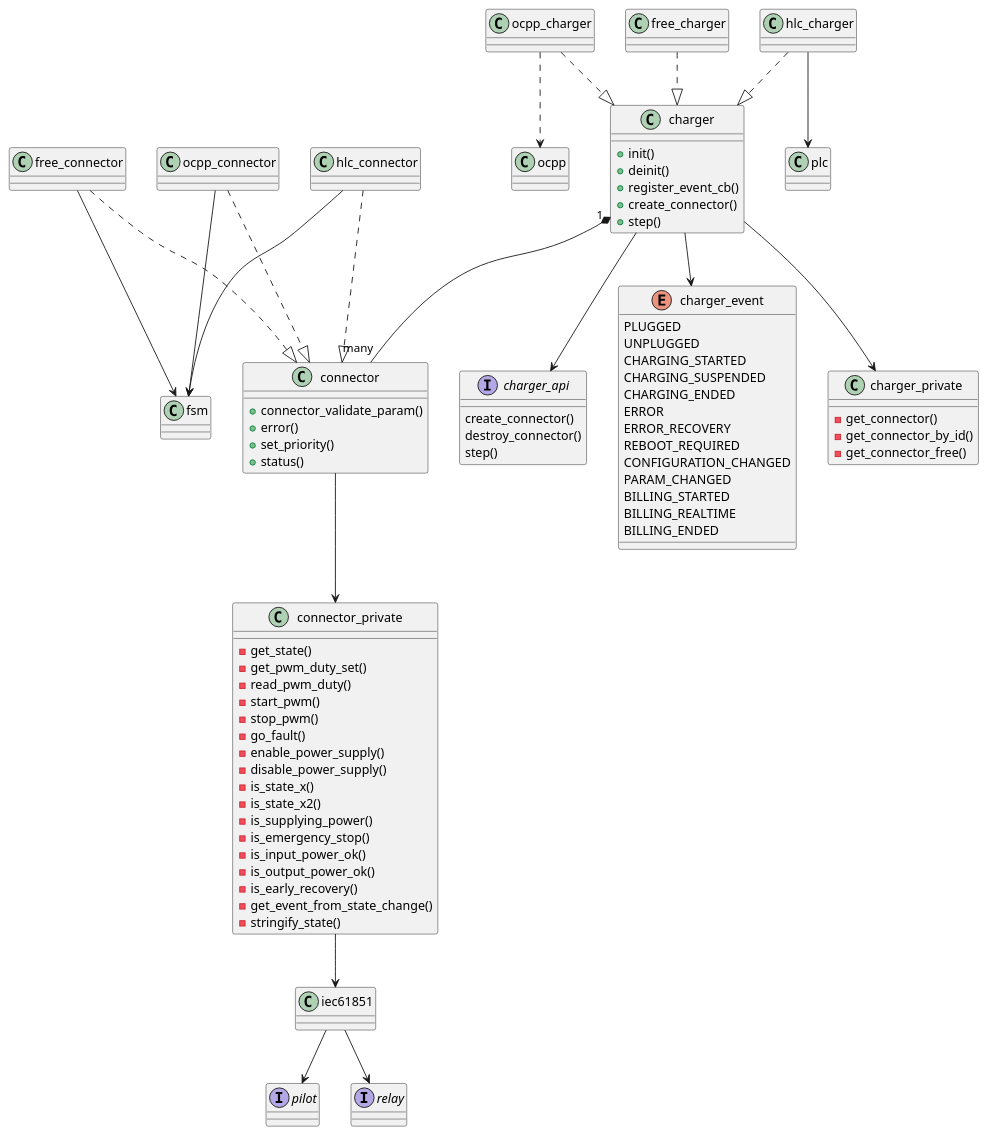
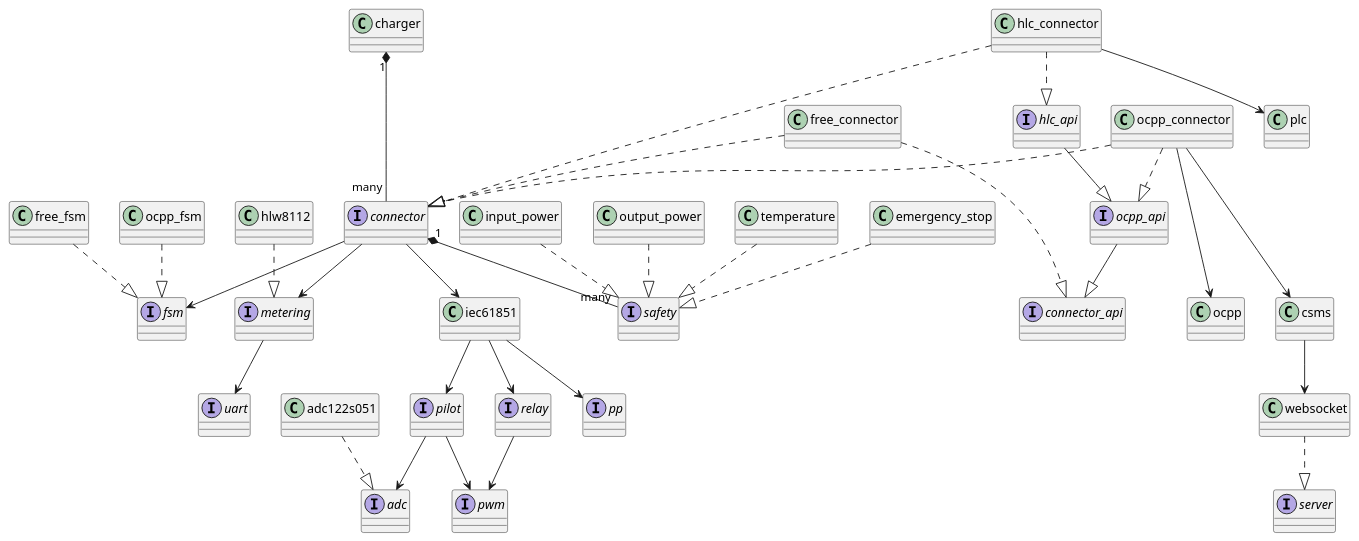
The diagram in docs/diagrams/charger.puml (pazzk-labs/evse), drawn with PlantUML before and after one commit. The commit also changed 2 other files, not shown here.

Commit message:
Update diagram

```diff
--- a/docs/diagrams/charger.puml
+++ b/docs/diagrams/charger.puml
@@ -1,92 +1,70 @@
 @startuml
-interface charger_api
+
+interface connector {
+}
+
+interface connector_api {
+}
+
+interface ocpp_api
+interface hlc_api
+
+interface fsm
+interface metering
+interface safety
 interface pilot
 interface relay
+interface pp
+interface server
+interface adc
+interface pwm
+interface uart
 
-enum charger_event {
-	PLUGGED
-	UNPLUGGED
-	CHARGING_STARTED
-	CHARGING_SUSPENDED
-	CHARGING_ENDED
-	ERROR
-	ERROR_RECOVERY
-	REBOOT_REQUIRED
-	CONFIGURATION_CHANGED
-	PARAM_CHANGED
-	BILLING_STARTED
-	BILLING_REALTIME
-	BILLING_ENDED
+class charger {
 }
 
-interface charger_api {
-	create_connector()
-	destroy_connector()
-	step()
-}
+pilot --> adc
+pilot --> pwm
+relay --> pwm
+metering --> uart
 
-class charger {
-	+init()
-	+deinit()
-	+register_event_cb()
-	+create_connector()
-	+step()
-}
+hlw8112 ..|> metering
 
-class charger_private {
-	-get_connector()
-	-get_connector_by_id()
-	-get_connector_free()
-}
+adc122s051 ..|> adc
 
-class connector {
-	+connector_validate_param()
-	+error()
-	+set_priority()
-	+status()
-}
-
-class connector_private {
-	-get_state()
-	-get_pwm_duty_set()
-	-read_pwm_duty()
-	-start_pwm()
-	-stop_pwm()
-	-go_fault()
-	-enable_power_supply()
-	-disable_power_supply()
-	-is_state_x()
-	-is_state_x2()
-	-is_supplying_power()
-	-is_emergency_stop()
-	-is_input_power_ok()
-	-is_output_power_ok()
-	-is_early_recovery()
-	-get_event_from_state_change()
-	-stringify_state()
-}
-
-charger "1" *-- "many" connector
-charger --> charger_private
-charger --> charger_event
-charger --> charger_api
-free_connector ..|> connector
-ocpp_connector ..|> connector
-hlc_connector ..|> connector
-free_charger ..|> charger
-ocpp_charger ..|> charger
-hlc_charger ..|> charger
-
-connector --> connector_private
-connector_private --> iec61851
 iec61851 --> pilot
 iec61851 --> relay
+iec61851 --> pp
 
-free_connector --> fsm
-ocpp_connector --> fsm
-hlc_connector --> fsm
+connector --> fsm
+connector --> iec61851
+connector "1" *-- "many" safety
+connector --> metering
+free_connector ..|> connector
+free_connector ..|> connector_api
+ocpp_connector ..|> connector
+ocpp_connector ..|> ocpp_api
+hlc_connector ..|> connector
+hlc_connector ..|> hlc_api
 
-ocpp_charger ..> ocpp
+ocpp_api --|> connector_api
+hlc_api --|> ocpp_api
 
-hlc_charger --> plc
+free_fsm ..|> fsm
+ocpp_fsm ..|> fsm
+
+ocpp_connector ---> ocpp
+ocpp_connector ---> csms
+csms --> websocket
+websocket ..|> server
+
+hlc_connector --> plc
+
+input_power ..|> safety
+output_power ..|> safety
+temperature ..|> safety
+emergency_stop ..|> safety
+
+charger "1" *--- "many" connector
+
 @enduml
```
